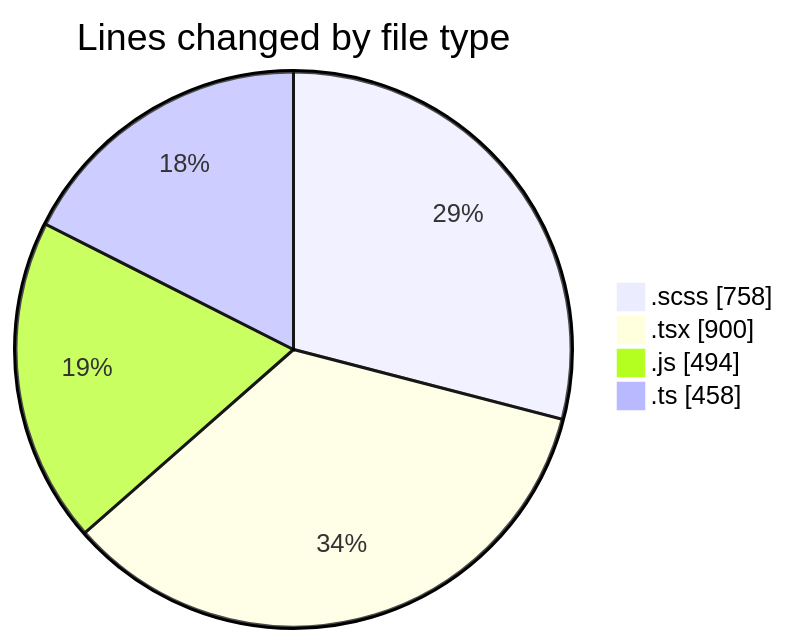
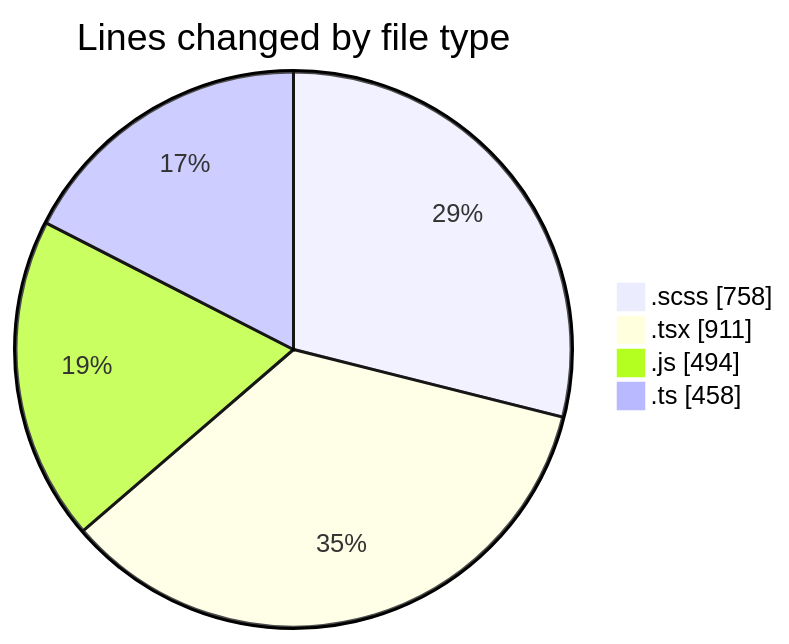
The first of 2 diagrams in 2025-03-14/cda/README.md (momahboobian/code-tracking), drawn with Mermaid before and after one commit. The commit also changed other lines of this file and 1 other file, not shown here.

````diff
--- a/2025-03-14/cda/README.md
+++ b/2025-03-14/cda/README.md
@@ -34,8 +34,8 @@
 ```mermaid
 pie showData
 title Lines changed by file type
 ".scss" : 758
-".tsx" : 900
+".tsx" : 911
 ".js" : 494
 ".ts" : 458
 ```
````
